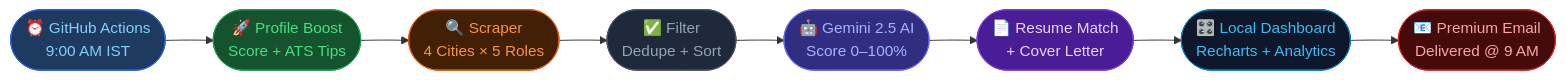
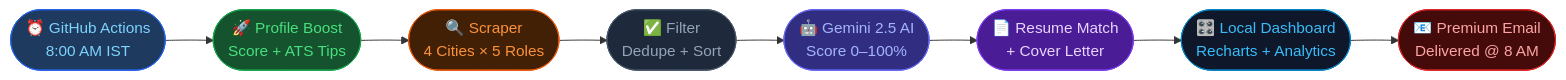
One commit to Rohitkr2002/Naukri.com-AI-Agent- changed the diagram in README.md. Above: the diagram before and after it, drawn with Mermaid. The commit also changed other lines of this file and 9 other files, not shown here.

````diff
--- a/README.md
+++ b/README.md
@@ -43,20 +43,20 @@
 ```mermaid
 flowchart LR
-    A(["⏰ GitHub Actions\n9:00 AM IST"]) --> B
+    A(["⏰ GitHub Actions\n8:00 AM IST"]) --> B
     B(["🚀 Profile Boost\nScore + ATS Tips"]) --> C
     C(["🔍 Scraper\n4 Cities × 5 Roles"]) --> D
     D(["✅ Filter\nDedupe + Sort"]) --> E
     E(["🤖 Gemini 2.5 AI\nScore 0–100%"]) --> F
     F(["📄 Resume Match\n+ Cover Letter"]) --> G
     G(["🎛️ Local Dashboard\nRecharts + Analytics"]) --> H
-    H(["📧 Premium Email\nDelivered @ 9 AM"])
+    H(["📧 Premium Email\nDelivered @ 8 AM"])
 
     style A fill:#1e3a5f,color:#7dd3fc,stroke:#2563eb
     style B fill:#14532d,color:#4ade80,stroke:#16a34a
     style C fill:#422006,color:#fb923c,stroke:#ea580c
     style D fill:#1e293b,color:#94a3b8,stroke:#475569
     style E fill:#312e81,color:#a5b4fc,stroke:#6366f1
     style F fill:#4a1d96,color:#e9d5ff,stroke:#7c3aed
     style G fill:#0f172a,color:#38bdf8,stroke:#0284c7
     style H fill:#450a0a,color:#fca5a5,stroke:#dc2626
 ```
````
